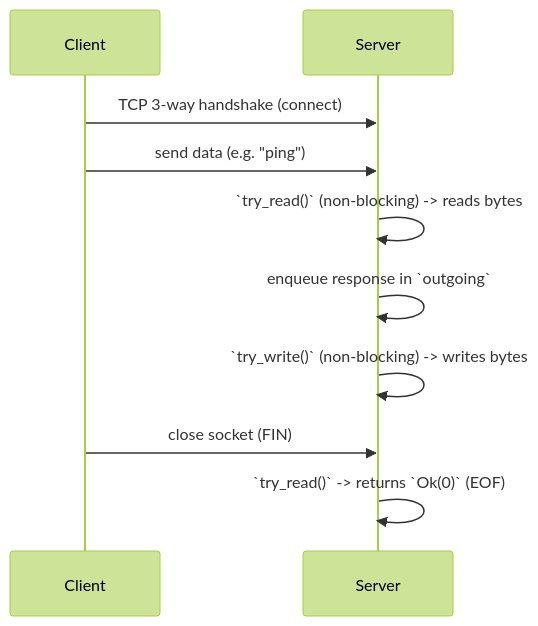
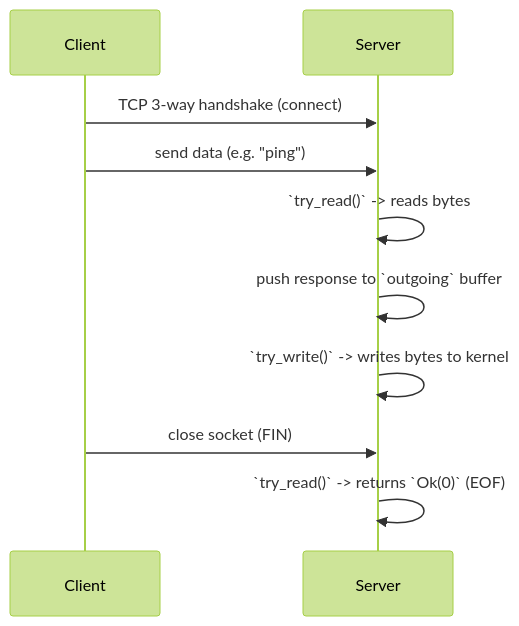
Before and after one commit to FormlessEvoker/redrust: the second of 2 diagrams in docs/foundations/connection_lifecycle.md, drawn with Mermaid (forest theme). The commit also changed other lines of this file and 8 other files, not shown here.

````diff
--- a/docs/foundations/connection_lifecycle.md
+++ b/docs/foundations/connection_lifecycle.md
@@ -22,12 +38,12 @@
 ```mermaid
 sequenceDiagram
     participant Client
     participant Server
     Client->>Server: TCP 3-way handshake (connect)
     Client->>Server: send data (e.g. "ping")
-    Server->>Server: `try_read()` (non-blocking) -> reads bytes
-    Server->>Server: enqueue response in `outgoing`
-    Server->>Server: `try_write()` (non-blocking) -> writes bytes
+    Server->>Server: `try_read()` -> reads bytes
+    Server->>Server: push response to `outgoing` buffer
+    Server->>Server: `try_write()` -> writes bytes to kernel
     Client->>Server: close socket (FIN)
     Server->>Server: `try_read()` -> returns `Ok(0)` (EOF)
 ```
````
